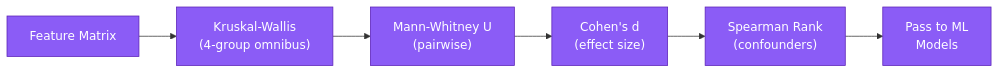
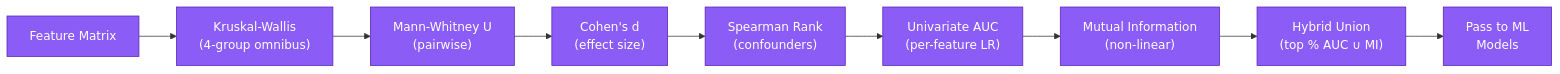
One commit to msk-access/kreview changed the diagram in docs/machine-learning/statistical-tests.md. Above: the diagram before and after it, drawn with Mermaid. The commit also changed other lines of this file and 8 other files, not shown here.

````diff
--- a/docs/machine-learning/statistical-tests.md
+++ b/docs/machine-learning/statistical-tests.md
@@ -7,9 +7,12 @@
 ```mermaid
 flowchart LR
     classDef step fill:#8b5cf6,stroke:#5b21b6,color:#fff;
     A["Feature Matrix"]:::step --> B["Kruskal-Wallis\n(4-group omnibus)"]:::step
     B --> C["Mann-Whitney U\n(pairwise)"]:::step
     C --> D["Cohen's d\n(effect size)"]:::step
     D --> E["Spearman Rank\n(confounders)"]:::step
-    E --> F["Pass to ML\nModels"]:::step
+    E --> F["Univariate AUC\n(per-feature LR)"]:::step
+    F --> G["Mutual Information\n(non-linear)"]:::step
+    G --> H["Hybrid Union\n(top % AUC ∪ MI)"]:::step
+    H --> I["Pass to ML\nModels"]:::step
 ```
````
